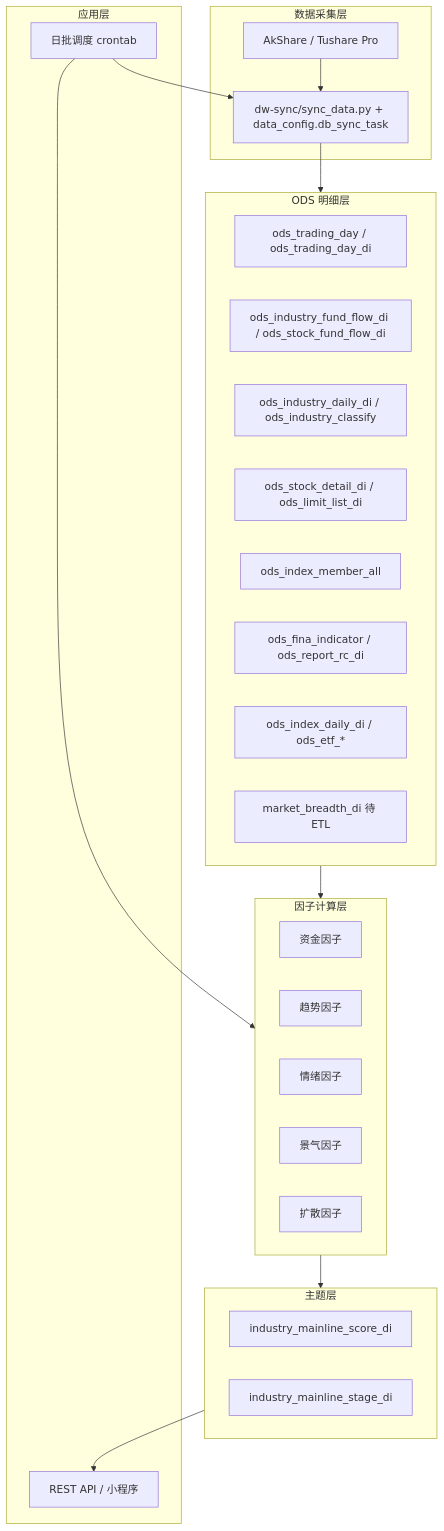
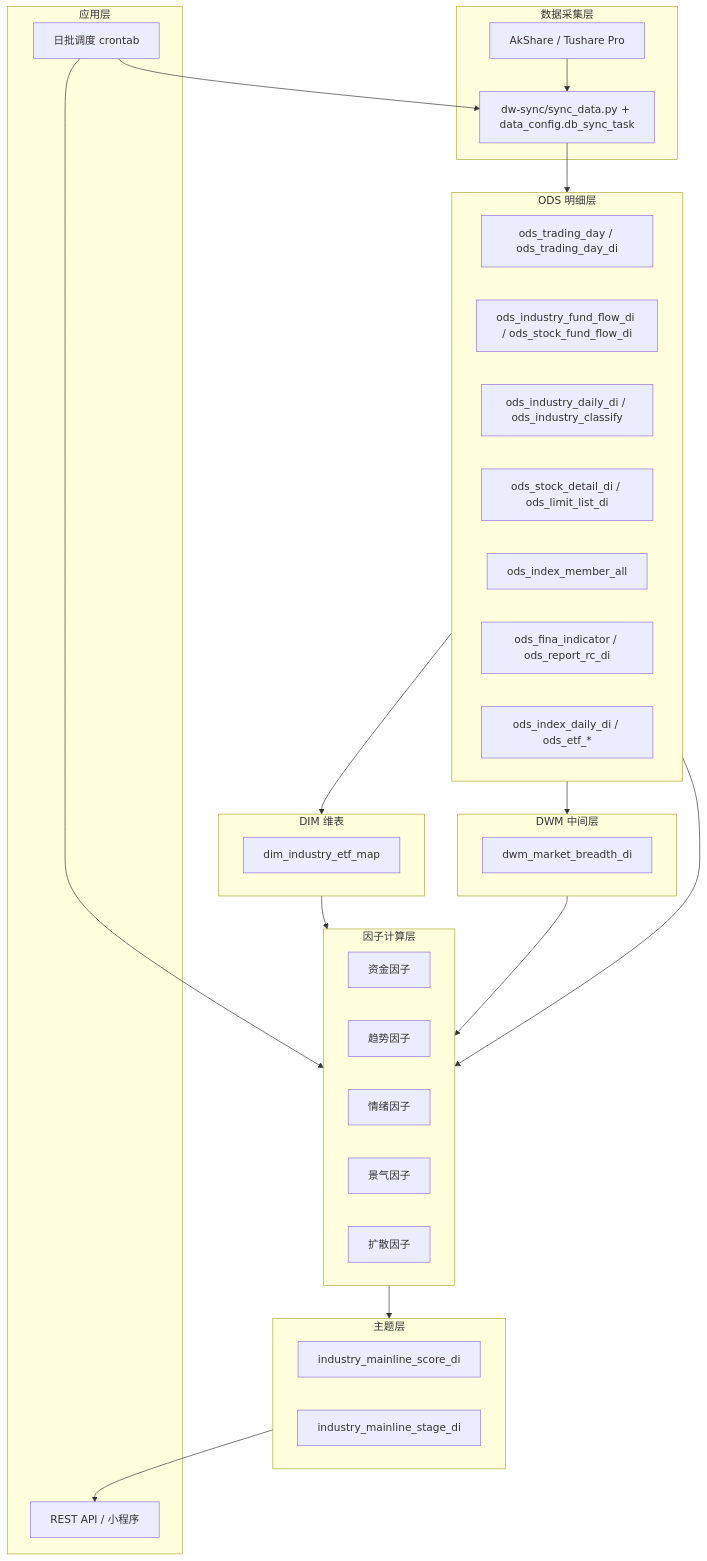
Before and after one commit to jinlujie111/stock_data: the first of 2 diagrams in 需求整理/需求1-主线板块确认-技术文档.md, drawn with Mermaid. The commit also changed other lines of this file and 9 other files, not shown here.

````diff
--- a/需求整理/需求1-主线板块确认-技术文档.md
+++ b/需求整理/需求1-主线板块确认-技术文档.md
@@ -11,37 +11,47 @@
 ```mermaid
 flowchart TB
     subgraph ingest [数据采集层]
         AK[AkShare / Tushare Pro]
         SYNC[dw-sync/sync_data.py + data_config.db_sync_task]
     end
     subgraph ods [ODS 明细层]
         T0[ods_trading_day / ods_trading_day_di]
         T1[ods_industry_fund_flow_di / ods_stock_fund_flow_di]
         T2[ods_industry_daily_di / ods_industry_classify]
         T3[ods_stock_detail_di / ods_limit_list_di]
         T4[ods_index_member_all]
         T5[ods_fina_indicator / ods_report_rc_di]
         T6[ods_index_daily_di / ods_etf_*]
-        T7[market_breadth_di 待 ETL]
+    end
+    subgraph dwm [DWM 中间层]
+        T7[dwm_market_breadth_di]
+    end
+    subgraph dim [DIM 维表]
+        D1[dim_industry_etf_map]
     end
     subgraph dwd [因子计算层]
         F1[资金因子]
         F2[趋势因子]
         F3[情绪因子]
         F4[景气因子]
         F5[扩散因子]
     end
     subgraph dm [主题层]
         SC[industry_mainline_score_di]
         ST[industry_mainline_stage_di]
     end
     subgraph app [应用层]
         API[REST API / 小程序]
         JOB[日批调度 crontab]
     end
     AK --> SYNC --> ods
-    ods --> dwd --> dm
+    ods --> dim
+    ods --> dwm
+    dim --> dwd
+    dwm --> dwd
+    ods --> dwd
+    dwd --> dm
     dm --> API
     JOB --> SYNC
     JOB --> dwd
 ```
````
